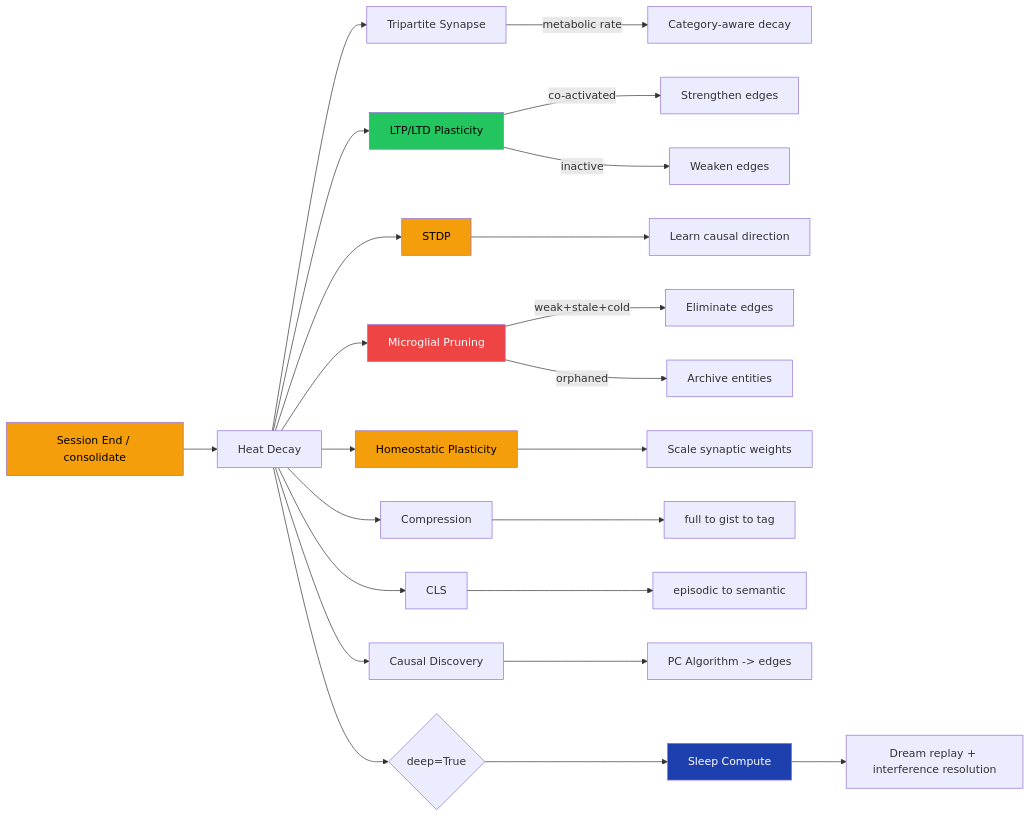
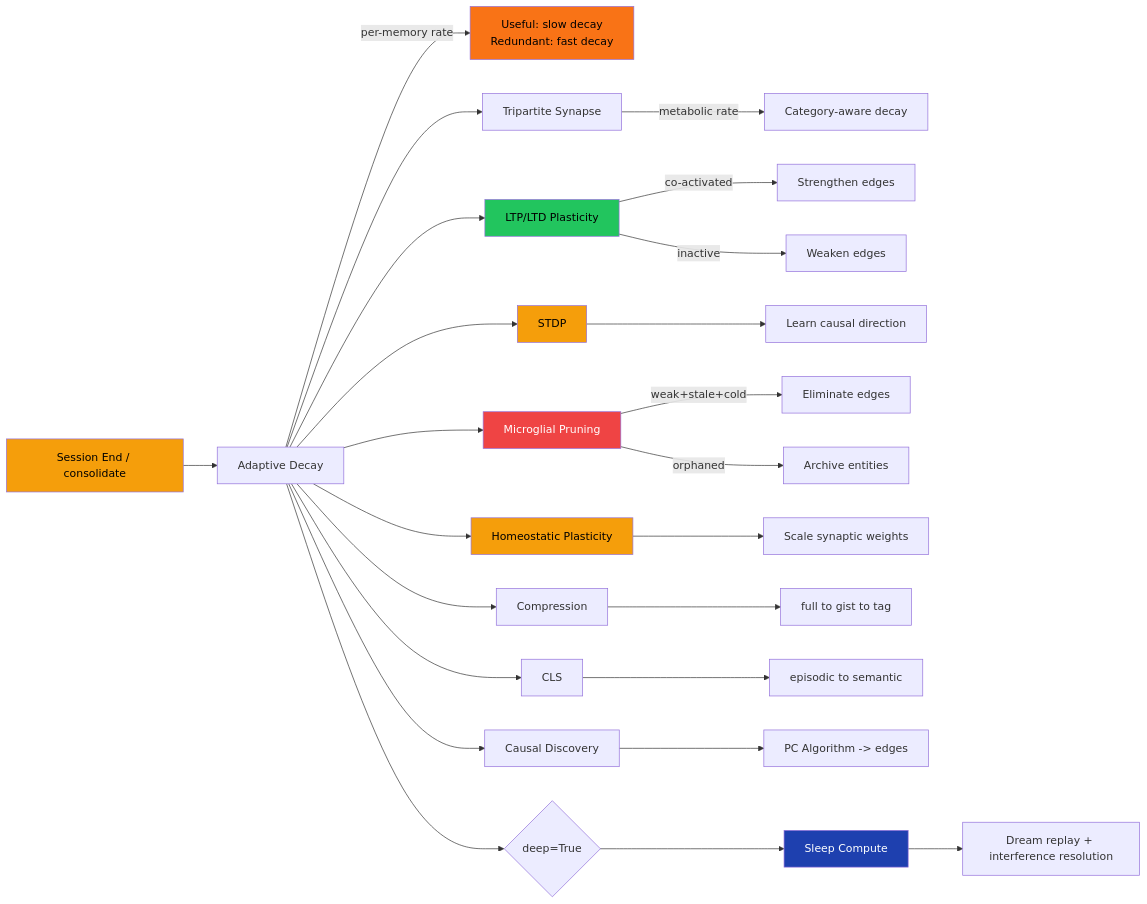
One commit to cdeust/Cortex changed the third of 5 diagrams in README.md. Above: the diagram before and after it, drawn with Mermaid. The commit also changed other lines of this file, not shown here.

````diff
--- a/README.md
+++ b/README.md
@@ -385,40 +313,42 @@
 ```mermaid
 flowchart LR
-    A[Session End / consolidate] --> B[Heat Decay]
+    A[Session End / consolidate] --> B[Adaptive Decay]
+    B -->|per-memory rate| AD[Useful: slow decay<br/>Redundant: fast decay]
     B --> TS[Tripartite Synapse]
     TS -->|metabolic rate| D[Category-aware decay]
 
     B --> LTP[LTP/LTD Plasticity]
     LTP -->|co-activated| S1[Strengthen edges]
     LTP -->|inactive| S2[Weaken edges]
 
     B --> STDP[STDP]
     STDP --> S3[Learn causal direction]
 
     B --> MG[Microglial Pruning]
     MG -->|weak+stale+cold| S4[Eliminate edges]
     MG -->|orphaned| S5[Archive entities]
 
     B --> HP[Homeostatic Plasticity]
     HP --> S6[Scale synaptic weights]
 
     B --> CP[Compression]
     CP --> H[full to gist to tag]
 
     B --> CLS[CLS]
     CLS --> J[episodic to semantic]
 
     B --> CD[Causal Discovery]
     CD --> L[PC Algorithm -> edges]
 
     B --> SC{deep=True}
     SC --> SL[Sleep Compute]
     SL --> DR[Dream replay + interference resolution]
 
     style A fill:#f59e0b,color:#000
+    style AD fill:#f97316,color:#000
     style LTP fill:#22c55e,color:#000
     style STDP fill:#f59e0b,color:#000
     style MG fill:#ef4444,color:#fff
     style HP fill:#f59e0b,color:#000
     style SL fill:#1e40af,color:#fff
 ```
````
